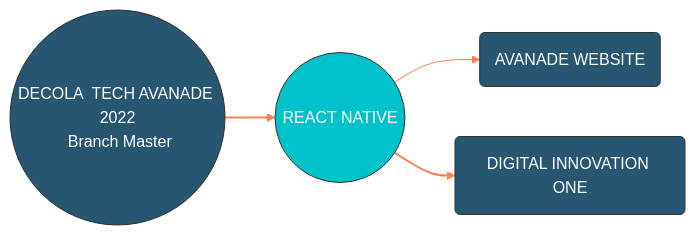
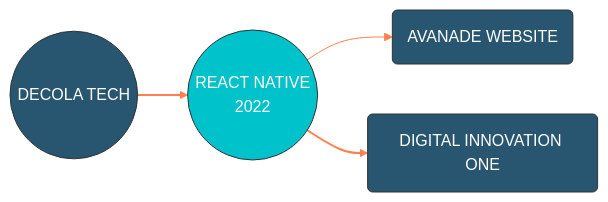
One commit to TeoNogueira/Decola-Tech-BootCamp changed the second of 2 diagrams in readme.md. Above: the diagram before and after it, drawn with Mermaid.

Commit message:
add text
add text

````diff
--- a/readme.md
+++ b/readme.md
@@ -10,28 +10,28 @@
   ```mermaid
 
 %%{init: {'theme': 'base', 'themeVariables': { 'primaryColor': '#285570', 'edgeLabelBackground':'#777777', 'tertiaryColor': '#285570', 'primaryTextColor': 'white', 'lineColor': 'coral'}}}%%
 
 flowchart LR;
 
  1:::someclass
     classDef someclass fill:#00c2cb;
     
 1(AVANADE) --> 1A(AVANADE WEBSITE) 
 1(Season_01) --> 1B(DIGITAL INNOVATION ONE) 
-A((DECOLA  TECH AVANADE 2022\n Branch Master\n )) --> 1((REACT NATIVE))
+A((DECOLA  TECH)) --> 1((REACT NATIVE\n 2022))
 
 
  linkStyle 1 stroke-width:2px,fill:none,stroke:coral;
   linkStyle 2 stroke-width:2px,fill:none,stroke:coral;
   linkStyle 2 stroke-width:2px,fill:none,stroke:coral;
     linkStyle 1 stroke-width:2px,fill:none,stroke:coral;
 
 
 
 
 click A "https://github.com/TeoNogueira/Decola-Tech-BootCamp"
 click 1 "https://github.com/TeoNogueira/Decola-Tech-BootCamp/tree/react_native"
 click 1A "https://www.avanade.com/pt-br"
 click 1B "https://www.dio.me/"
 
 ```
````
